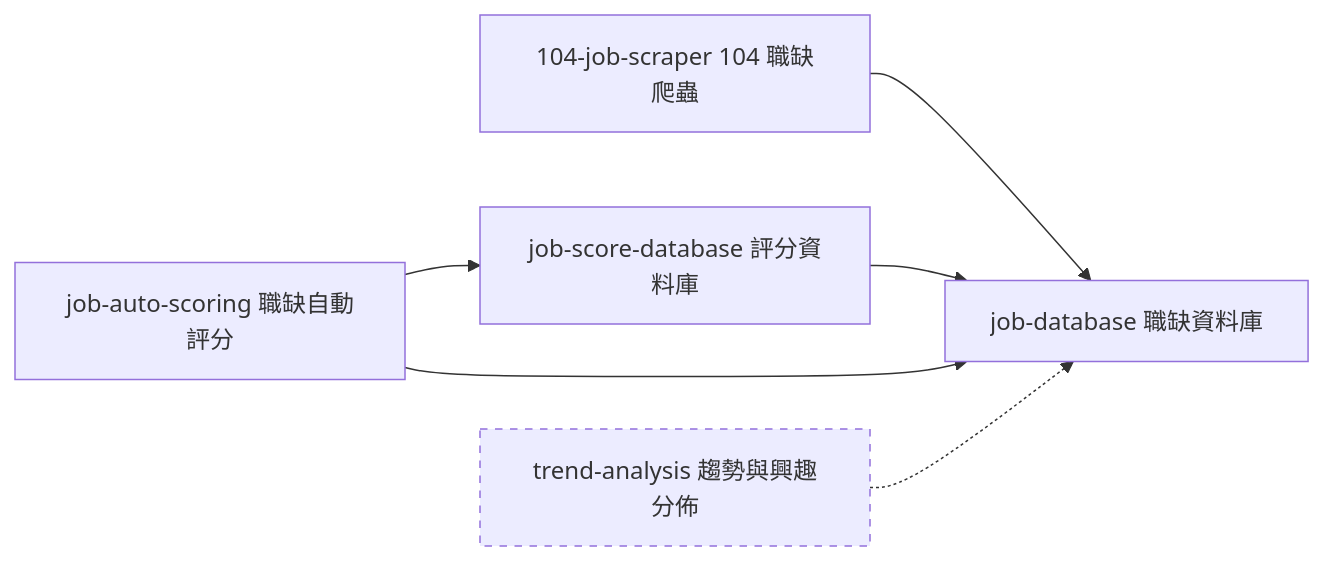
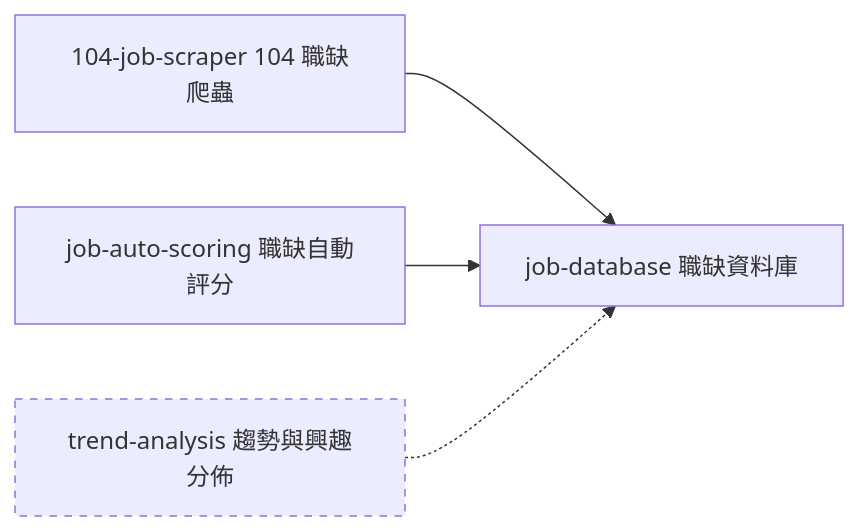
The second of 2 diagrams in docs/product/overview.md (dlhdb/job-matching), drawn with Mermaid before and after one commit. The commit also changed other lines of this file and 12 other files, not shown here.

First line of the commit message:
docs: job-score-database 併進 job-auto-scoring 並改寫成網頁版

````diff
--- a/docs/product/overview.md
+++ b/docs/product/overview.md
@@ -115,11 +109,9 @@
 ```mermaid
 flowchart LR
     scraper["104-job-scraper 104 職缺爬蟲"] --> db["job-database 職缺資料庫"]
-    scoredb["job-score-database 評分資料庫"] --> db
-    scoring["job-auto-scoring 職缺自動評分"] --> scoredb
-    scoring --> db
+    scoring["job-auto-scoring 職缺自動評分"] --> db
     trend["trend-analysis 趨勢與興趣分佈"] -.-> db
 
     classDef planned stroke-dasharray: 5 5
     class trend planned
 ```
````
